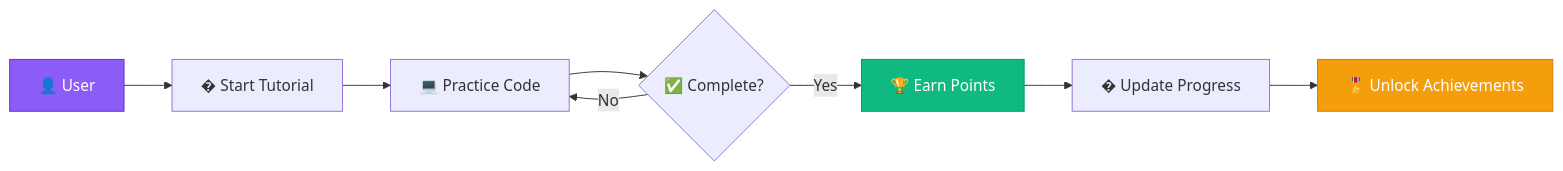
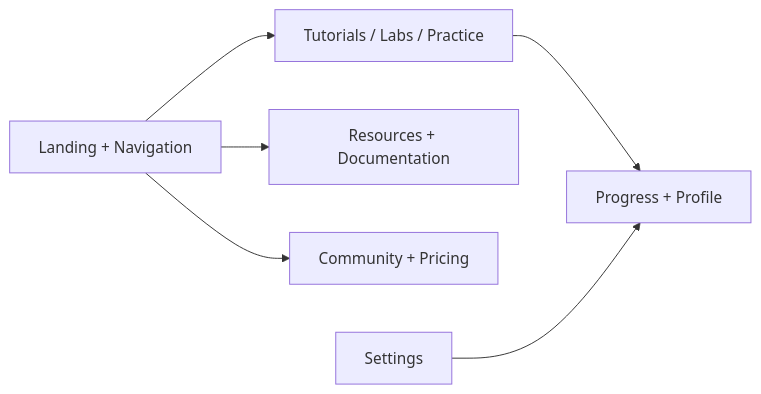
One commit to Anish-2005/Database-Management-System changed the first of 2 diagrams in README.md. Above: the diagram before and after it, drawn with Mermaid. The commit also changed other lines of this file and 2 other files, not shown here.

````diff
--- a/README.md
+++ b/README.md
@@ -236,14 +35,8 @@
 ```mermaid
 flowchart LR
-    A[👤 User] --> B[� Start Tutorial]
-    B --> C[💻 Practice Code]
-    C --> D{✅ Complete?}
-    D -->|Yes| E[🏆 Earn Points]
-    D -->|No| C
-    E --> F[� Update Progress]
-    F --> G[🎖️ Unlock Achievements]
-    
-    style A fill:#8b5cf6,stroke:#6d28d9,color:#fff
-    style E fill:#10b981,stroke:#059669,color:#fff
-    style G fill:#f59e0b,stroke:#d97706,color:#fff
+  A[Landing + Navigation] --> B[Tutorials / Labs / Practice]
+  B --> C[Progress + Profile]
+  A --> D[Resources + Documentation]
+  A --> E[Community + Pricing]
+  F[Settings] --> C
 ```
````
